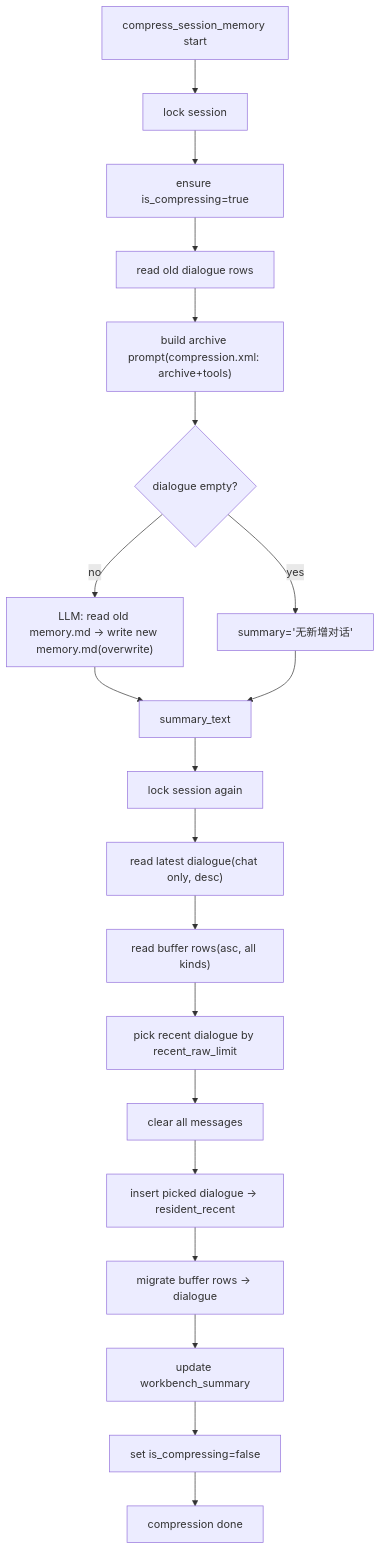
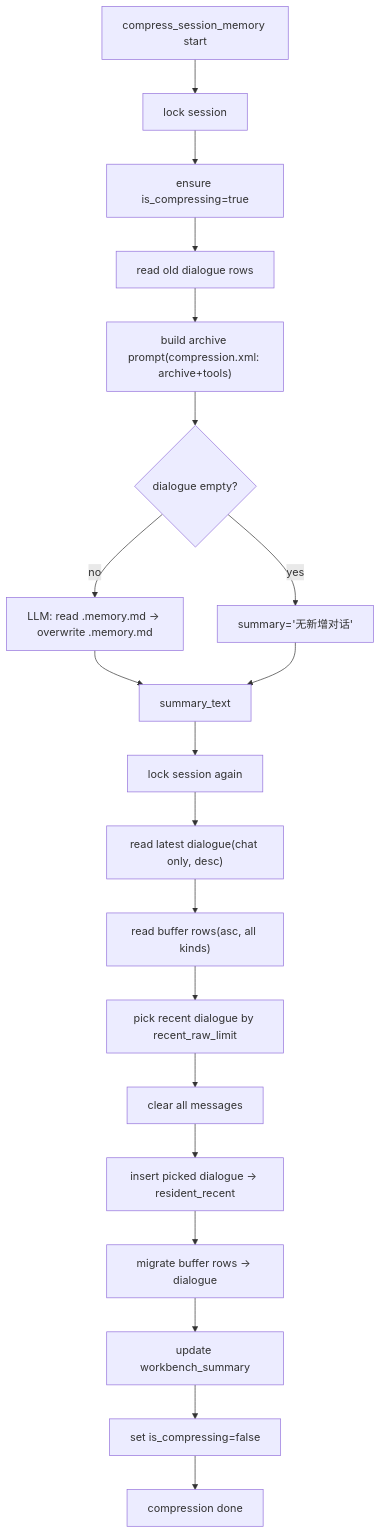
Before and after one commit to tamakara/agent-demo: the sixth of 6 diagrams in docs/state_and_persistence.md, drawn with Mermaid. The commit also changed other lines of this file and 12 other files, not shown here.

````diff
--- a/docs/state_and_persistence.md
+++ b/docs/state_and_persistence.md
@@ -288,22 +289,22 @@
 ```mermaid
 flowchart TD
     A["compress_session_memory start"] --> B["lock session"]
     B --> C["ensure is_compressing=true"]
     C --> D["read old dialogue rows"]
     D --> E["build archive prompt(compression.xml: archive+tools)"]
     E --> F{"dialogue empty?"}
-    F -- no --> G["LLM: read old memory.md -> write new memory.md(overwrite)"]
+    F -- no --> G["LLM: read .memory.md -> overwrite .memory.md"]
     F -- yes --> H["summary='无新增对话'"]
     G --> I["summary_text"]
     H --> I
     I --> J["lock session again"]
     J --> K["read latest dialogue(chat only, desc)"]
     K --> L["read buffer rows(asc, all kinds)"]
     L --> M["pick recent dialogue by recent_raw_limit"]
     M --> N["clear all messages"]
     N --> O["insert picked dialogue -> resident_recent"]
     O --> P["migrate buffer rows -> dialogue"]
     P --> Q["update workbench_summary"]
     Q --> R["set is_compressing=false"]
     R --> S["compression done"]
 ```
````
